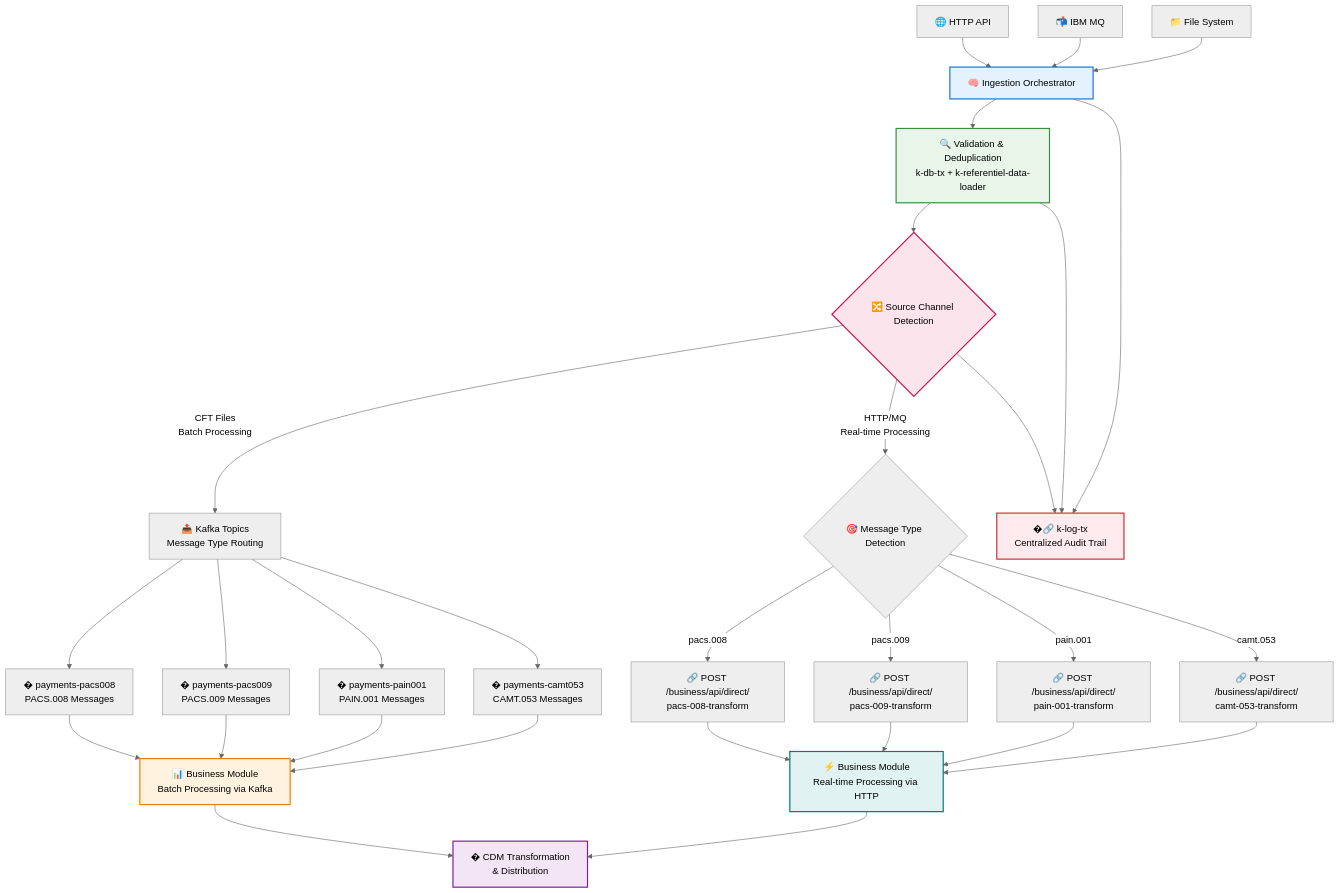
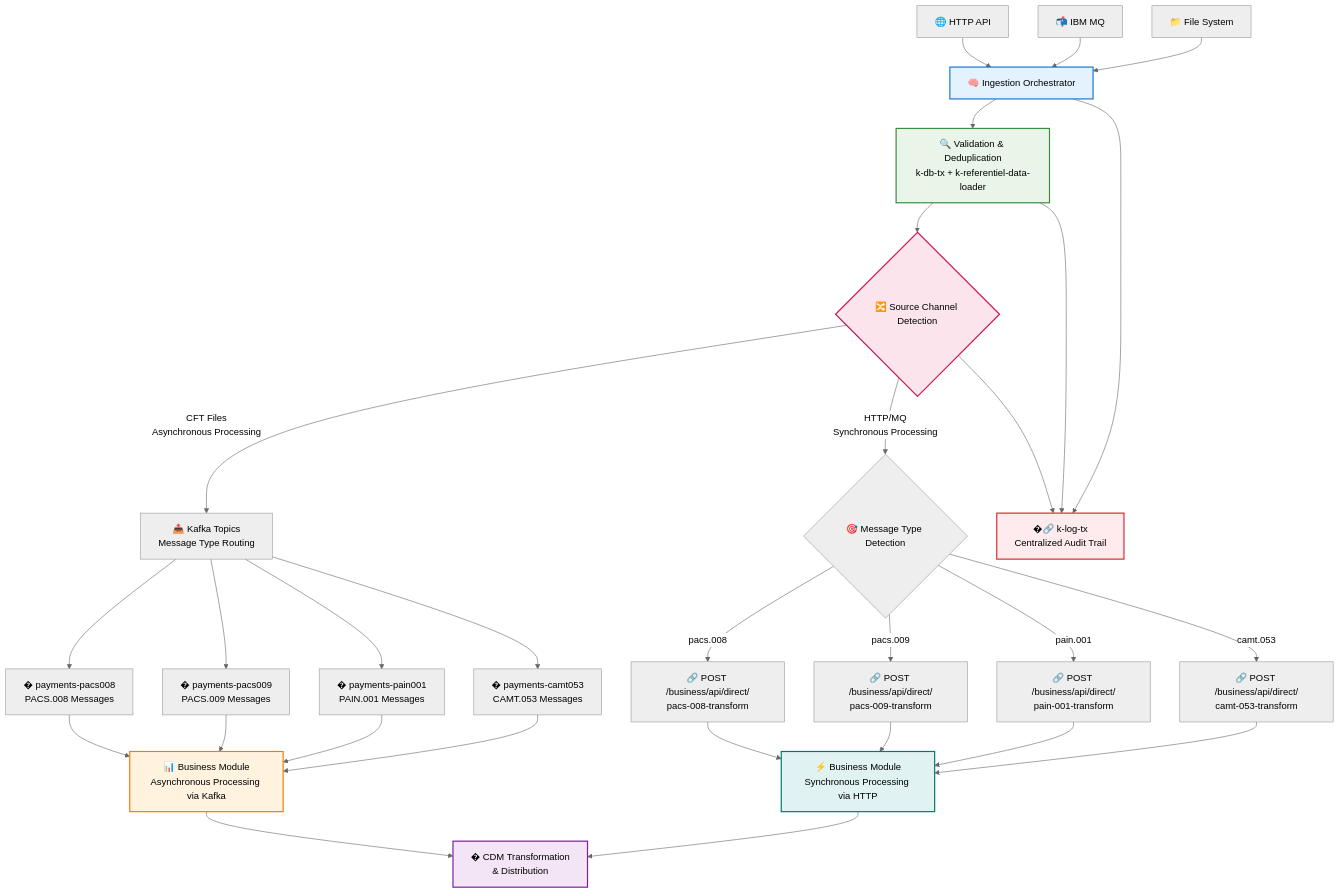
One commit to nasreddine1985/pixel-v2 changed the diagram in ingestion/README.md. Above: the diagram before and after it, drawn with Mermaid (neutral theme). The commit also changed other lines of this file and 8 other files, not shown here.

Commit message:
(docs) update batch, real time expression by synchronous and asynchronous expression

````diff
--- a/ingestion/README.md
+++ b/ingestion/README.md
@@ -56,53 +56,53 @@
 ```mermaid
 flowchart TB
     A[🌐 HTTP API]
     B[📬 IBM MQ]
     C[📁 File System]
 
     A --> D[🧠 Ingestion Orchestrator]
     B --> D
     C --> D
 
     D --> E[🔍 Validation & Deduplication<br/>k-db-tx + k-referentiel-data-loader]
 
     E --> F{🔀 Source Channel Detection}
 
-    F -->|CFT Files<br/>Batch Processing| G[📤 Kafka Topics<br/>Message Type Routing]
-    F -->|HTTP/MQ<br/>Real-time Processing| H{🎯 Message Type Detection}
+    F -->|CFT Files<br/>Asynchronous Processing| G[📤 Kafka Topics<br/>Message Type Routing]
+    F -->|HTTP/MQ<br/>Synchronous Processing| H{🎯 Message Type Detection}
 
     G --> G1[� payments-pacs008<br/>PACS.008 Messages]
     G --> G2[� payments-pacs009<br/>PACS.009 Messages]
     G --> G3[� payments-pain001<br/>PAIN.001 Messages]
     G --> G4[� payments-camt053<br/>CAMT.053 Messages]
 
     H -->|pacs.008| I1[🔗 POST /business/api/direct/<br/>pacs-008-transform]
     H -->|pacs.009| I2[🔗 POST /business/api/direct/<br/>pacs-009-transform]
     H -->|pain.001| I3[🔗 POST /business/api/direct/<br/>pain-001-transform]
     H -->|camt.053| I4[🔗 POST /business/api/direct/<br/>camt-053-transform]
 
-    G1 --> J[📊 Business Module<br/>Batch Processing via Kafka]
+    G1 --> J[📊 Business Module<br/>Asynchronous Processing via Kafka]
     G2 --> J
     G3 --> J
     G4 --> J
 
-    I1 --> K[⚡ Business Module<br/>Real-time Processing via HTTP]
+    I1 --> K[⚡ Business Module<br/>Synchronous Processing via HTTP]
     I2 --> K
     I3 --> K
     I4 --> K
 
     J --> L[� CDM Transformation<br/>& Distribution]
     K --> L
 
     E --> M[�🔗 k-log-tx<br/>Centralized Audit Trail]
     D --> M
     F --> M
 
     %% Styling
     style D fill:#e3f2fd,stroke:#1976d2,stroke-width:2px
     style E fill:#e8f5e8,stroke:#388e3c,stroke-width:2px
     style F fill:#fce4ec,stroke:#c2185b,stroke-width:2px
     style J fill:#fff3e0,stroke:#f57c00,stroke-width:2px
     style K fill:#e0f2f1,stroke:#00796b,stroke-width:2px
     style L fill:#f3e5f5,stroke:#7b1fa2,stroke-width:2px
     style M fill:#ffebee,stroke:#d32f2f,stroke-width:2px
 ```
````
